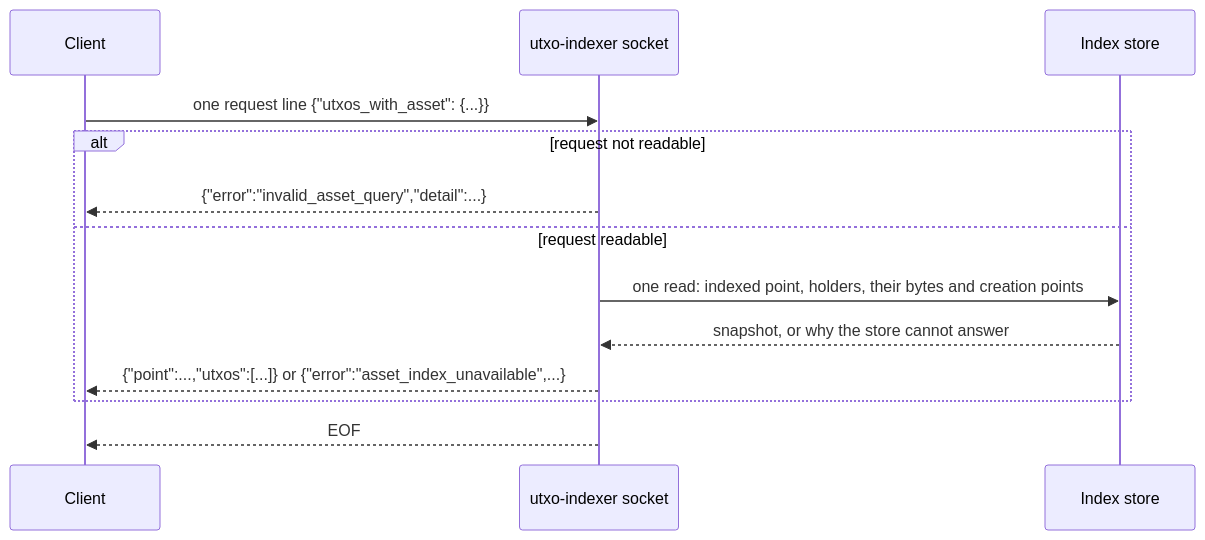
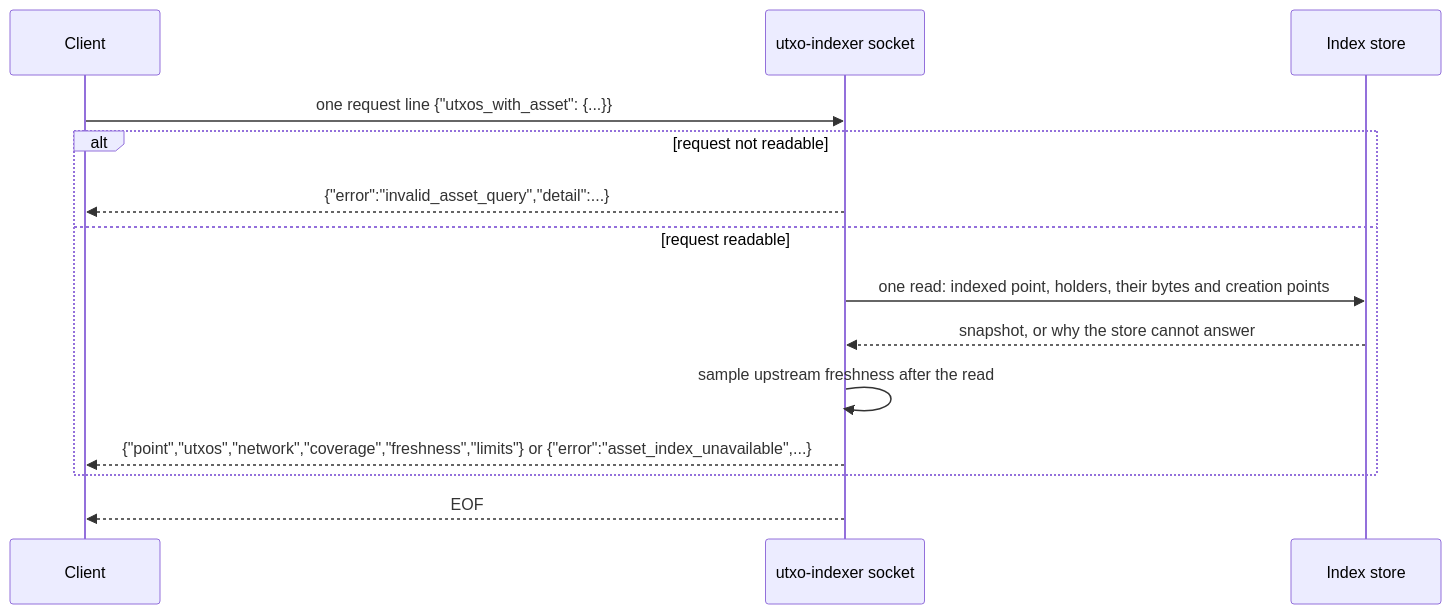
One commit to lambdasistemi/cardano-node-clients changed the first of 4 diagrams in docs/usage/utxo-indexer.md. Above: the diagram before and after it, drawn with Mermaid. The commit also changed other lines of this file and 22 other files, not shown here.

````diff
--- a/docs/usage/utxo-indexer.md
+++ b/docs/usage/utxo-indexer.md
@@ -81,15 +84,16 @@
 ```mermaid
 sequenceDiagram
     participant C as Client
     participant D as utxo-indexer socket
     participant S as Index store
     C->>D: one request line {"utxos_with_asset": {...}}
     alt request not readable
         D-->>C: {"error":"invalid_asset_query","detail":...}
     else request readable
         D->>S: one read: indexed point, holders, their bytes and creation points
         S-->>D: snapshot, or why the store cannot answer
-        D-->>C: {"point":...,"utxos":[...]} or {"error":"asset_index_unavailable",...}
+        D->>D: sample upstream freshness after the read
+        D-->>C: {"point","utxos","network","coverage","freshness","limits"} or {"error":"asset_index_unavailable",...}
     end
     D-->>C: EOF
 ```
````
